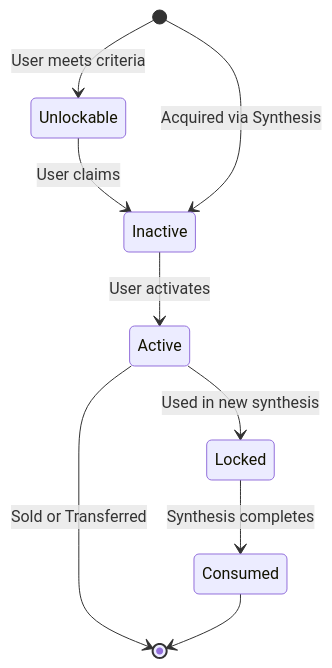
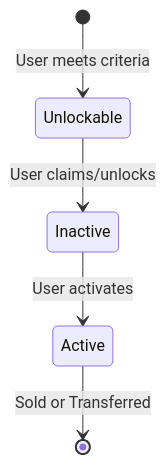
One commit to ljg-cqu/aiw3-nft-solana changed the sixth of 6 diagrams in docs/manual.md. Above: the diagram before and after it, drawn with Mermaid. The commit also changed other lines of this file, not shown here.

Commit message:
docs: Clarify Equity NFT progression, remove synthesis, add CGas fee

````diff
--- a/docs/manual.md
+++ b/docs/manual.md
@@ -142,15 +141,7 @@
 ```mermaid
 stateDiagram-v2
     [*] --> Unlockable: User meets criteria
-    Unlockable --> Inactive: User claims
-    
-    [*] --> Inactive: Acquired via Synthesis
-    
+    Unlockable --> Inactive: User claims/unlocks
     Inactive --> Active: User activates
-    
-    Active --> Locked: Used in new synthesis
-    Locked --> Consumed: Synthesis completes
-    
     Active --> [*]: Sold or Transferred
-    Consumed --> [*]
 ```
````
